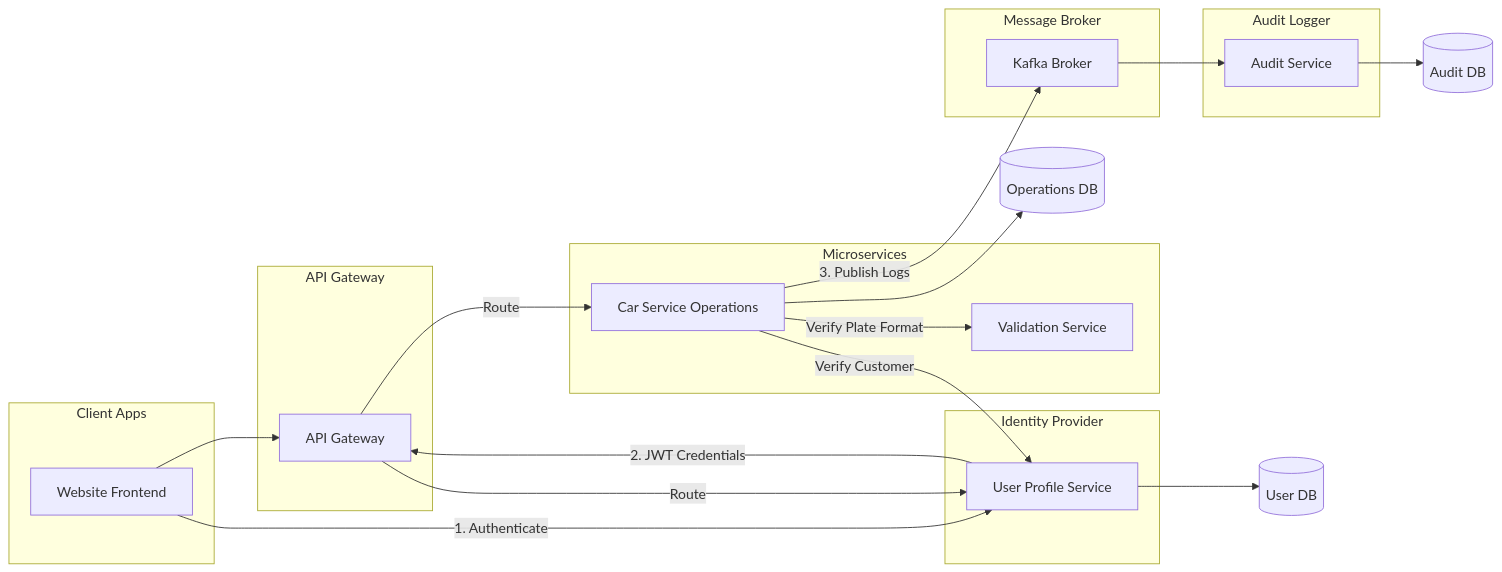
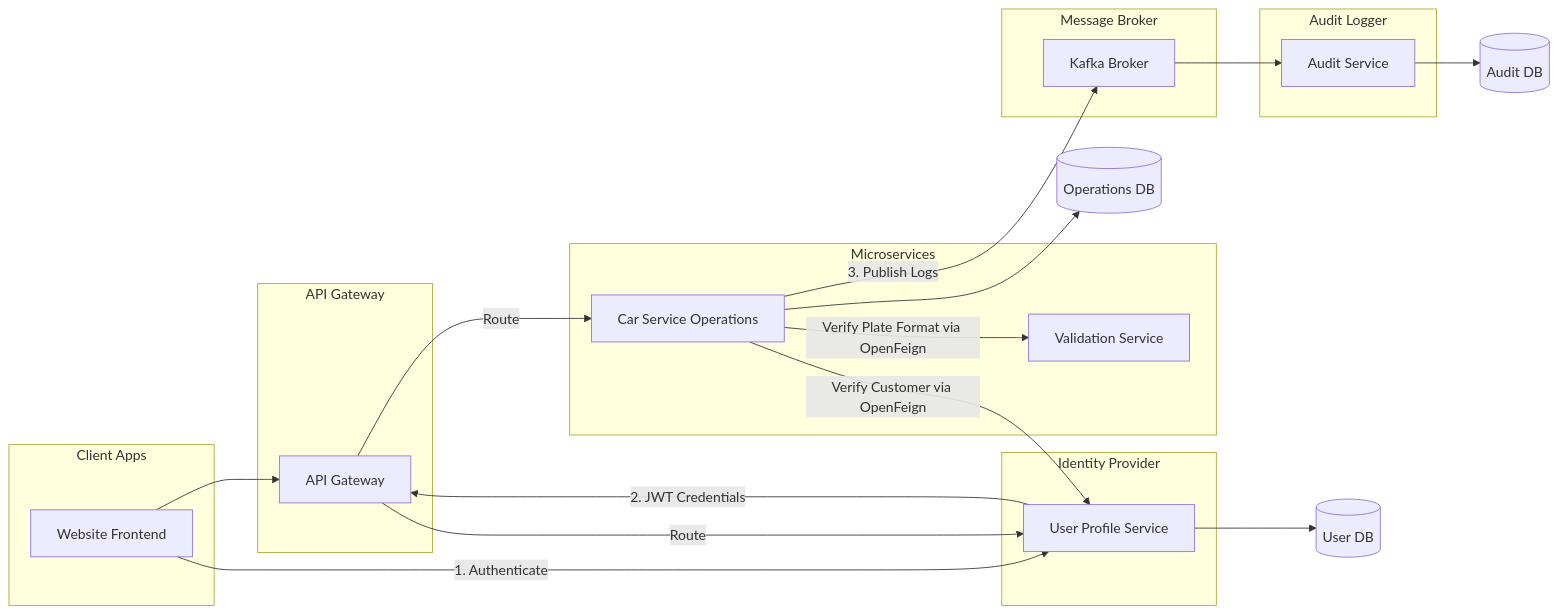
The diagram in README.md (impulse184/Car-Service-Management), drawn with Mermaid before and after one commit.

Commit message:
Specify OpenFeign usage for internal microservice calls in flowchart

````diff
--- a/README.md
+++ b/README.md
@@ -32,44 +32,44 @@
 ```mermaid
 graph LR
     subgraph Client Apps
         Client[Website Frontend]
     end
 
     subgraph Identity Provider
         UP[User Profile Service]
     end
 
     subgraph API Gateway
         GW[API Gateway]
     end
 
     subgraph Microservices
         OPS[Car Service Operations]
         VAL[Validation Service]
     end
 
     subgraph Message Broker
         MB[Kafka Broker]
     end
 
     subgraph Audit Logger
         AUD[Audit Service]
     end
 
     Client --> GW
     Client -->|1. Authenticate| UP
     UP -->|2. JWT Credentials| GW
 
     GW -->|Route| OPS
     GW -->|Route| UP
 
-    OPS -->|Verify Customer| UP
-    OPS -->|Verify Plate Format| VAL
+    OPS -->|Verify Customer via OpenFeign| UP
+    OPS -->|Verify Plate Format via OpenFeign| VAL
 
     UP --> DB_UP[(User DB)]
     OPS --> DB_OPS[(Operations DB)]
 
     OPS -->|3. Publish Logs| MB
     MB --> AUD
     AUD --> DB_AUD[(Audit DB)]
 ```
````
